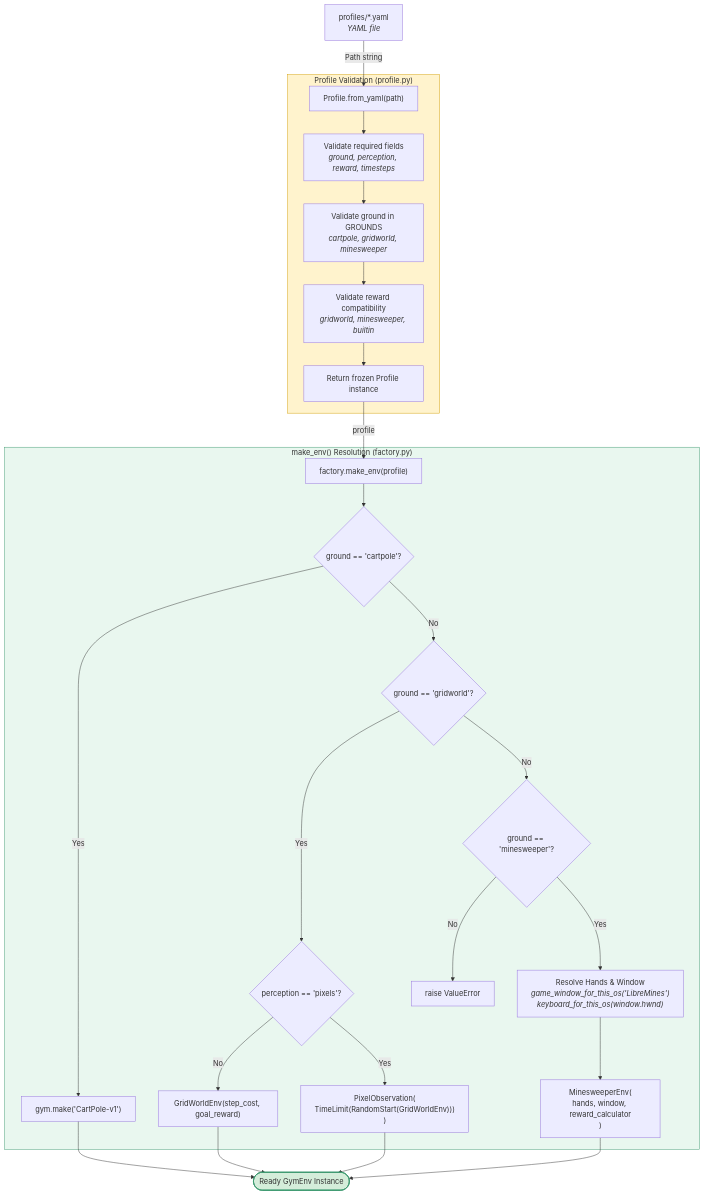
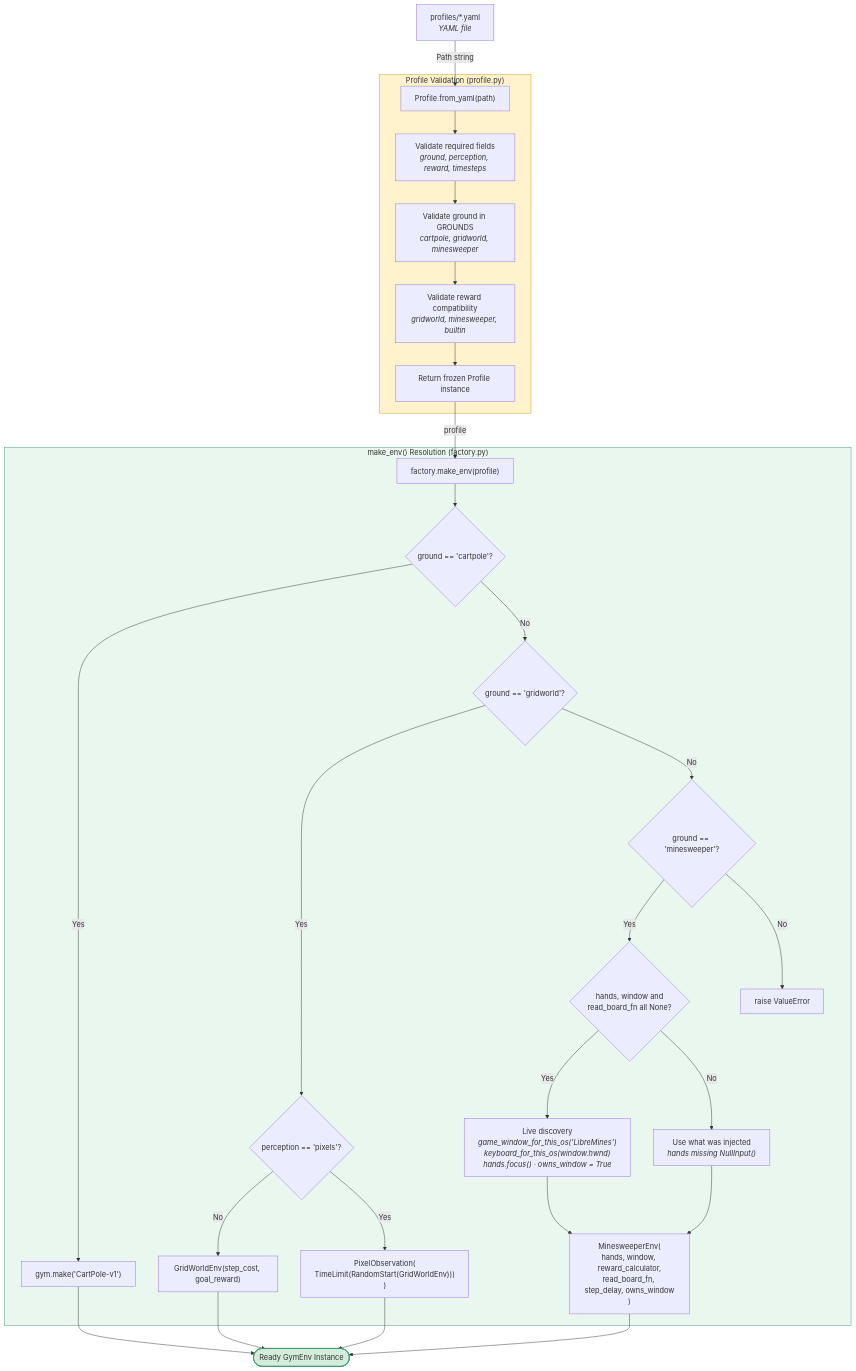
One commit to Showerss/GameTrainer changed diagram 13 of 14 in docs/UML_FULL.md. Above: the diagram before and after it, drawn with Mermaid. The commit also changed other lines of this file and 36 other files, not shown here.

First line of the commit message:
R1 docs rewrite, UML truth pass, MIT license

````diff
--- a/docs/UML_FULL.md
+++ b/docs/UML_FULL.md
@@ -759,37 +956,40 @@
 ```mermaid
 flowchart TD
     YAML["profiles/*.yaml<br/><i>YAML file</i>"] -->|"Path string"| FROM_YAML["Profile.from_yaml(path)"]
     
     subgraph VALIDATION["Profile Validation (profile.py)"]
         FROM_YAML --> CHECK_REQ["Validate required fields<br/><i>ground, perception, reward, timesteps</i>"]
         CHECK_REQ --> CHECK_GROUND["Validate ground in GROUNDS<br/><i>cartpole, gridworld, minesweeper</i>"]
         CHECK_GROUND --> CHECK_REWARD["Validate reward compatibility<br/><i>gridworld, minesweeper, builtin</i>"]
         CHECK_REWARD --> PROD_OBJ["Return frozen Profile instance"]
     end
 
     PROD_OBJ -->|"profile"| MAKE_ENV["factory.make_env(profile)"]
 
     subgraph FACTORY_DISPATCH["make_env() Resolution (factory.py)"]
         MAKE_ENV --> C1{"ground == 'cartpole'?"}
         C1 -->|Yes| R_CP["gym.make('CartPole-v1')"]
         C1 -->|No| C2{"ground == 'gridworld'?"}
 
         C2 -->|Yes| C3{"perception == 'pixels'?"}
         C3 -->|No| R_GW["GridWorldEnv(step_cost, goal_reward)"]
         C3 -->|Yes| R_GWP["PixelObservation(<br/>TimeLimit(RandomStart(GridWorldEnv)))<br/>)"]
 
         C2 -->|No| C4{"ground == 'minesweeper'?"}
-        C4 -->|Yes| DISCOVER["Resolve Hands & Window<br/><i>game_window_for_this_os('LibreMines')<br/>keyboard_for_this_os(window.hwnd)</i>"]
-        DISCOVER --> R_MS["MinesweeperEnv(<br/>hands, window, reward_calculator<br/>)"]
+        C4 -->|Yes| C5{"hands, window and<br/>read_board_fn all None?"}
+        C5 -->|Yes| DISCOVER["Live discovery<br/><i>game_window_for_this_os('LibreMines')<br/>keyboard_for_this_os(window.hwnd)<br/>hands.focus() · owns_window = True</i>"]
+        C5 -->|No| INJECTED["Use what was injected<br/><i>hands missing  NullInput()</i>"]
+        DISCOVER --> R_MS["MinesweeperEnv(<br/>hands, window, reward_calculator,<br/>read_board_fn, step_delay, owns_window<br/>)"]
+        INJECTED --> R_MS
         C4 -->|No| ERR["raise ValueError"]
     end
 
     R_CP --> OUT(["Ready GymEnv Instance"])
     R_GW --> OUT
     R_GWP --> OUT
     R_MS --> OUT
 
     style VALIDATION fill:#fff3cd,stroke:#d39e00
     style FACTORY_DISPATCH fill:#e9f7ef,stroke:#3d9970
     style OUT fill:#d4edda,stroke:#3d9970,stroke-width:2px
 ```
````
